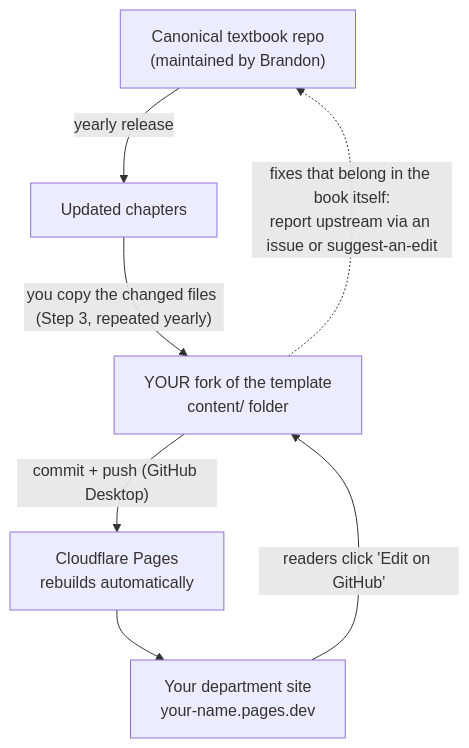
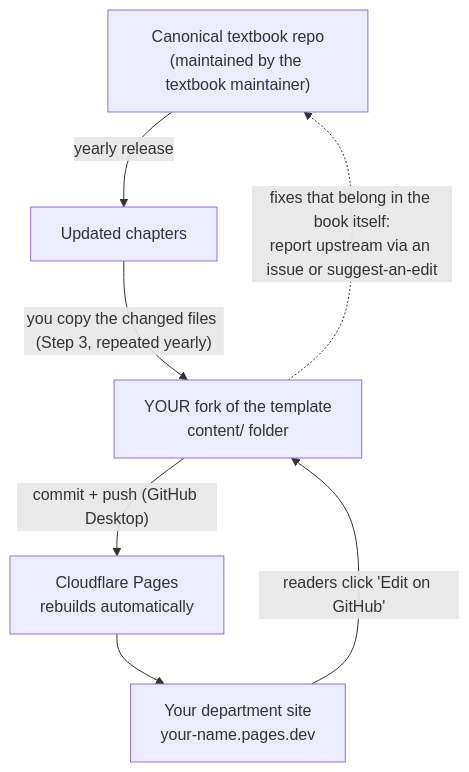
One commit to textbookproject2026-alt/textbook changed the diagram in docs/for-course-coordinators.md. Above: the diagram before and after it, drawn with Mermaid. The commit also changed other lines of this file and 8 other files, not shown here.

````diff
--- a/docs/for-course-coordinators.md
+++ b/docs/for-course-coordinators.md
@@ -27,9 +27,9 @@
 ```mermaid
 flowchart TD
-    canon["Canonical textbook repo<br/>(maintained by Brandon)"] -- "yearly release" --> rel["Updated chapters"]
+    canon["Canonical textbook repo<br/>(maintained by the textbook maintainer)"] -- "yearly release" --> rel["Updated chapters"]
     rel -- "you copy the changed files (Step 3, repeated yearly)" --> fork["YOUR fork of the template<br/>content/ folder"]
     fork -- "commit + push (GitHub Desktop)" --> cf["Cloudflare Pages<br/>rebuilds automatically"]
     cf --> site["Your department site<br/>your-name.pages.dev"]
     site -- "readers click 'Edit on GitHub'" --> fork
     fork -. "fixes that belong in the book itself:<br/>report upstream via an issue or suggest-an-edit" .-> canon
 ```
````
